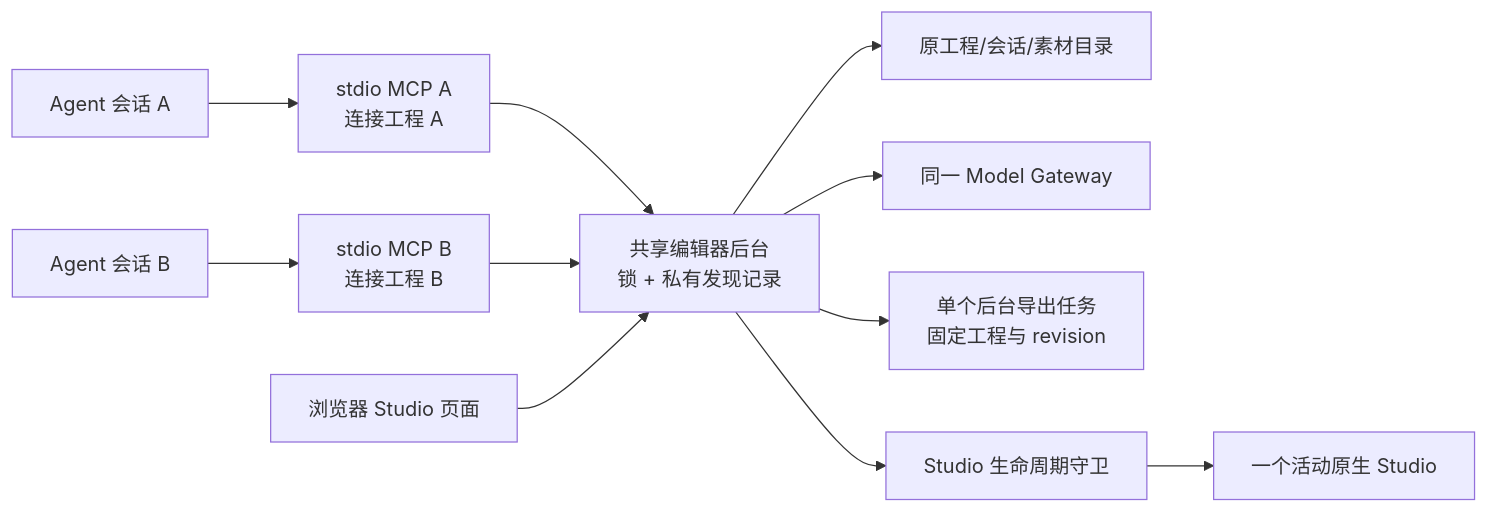
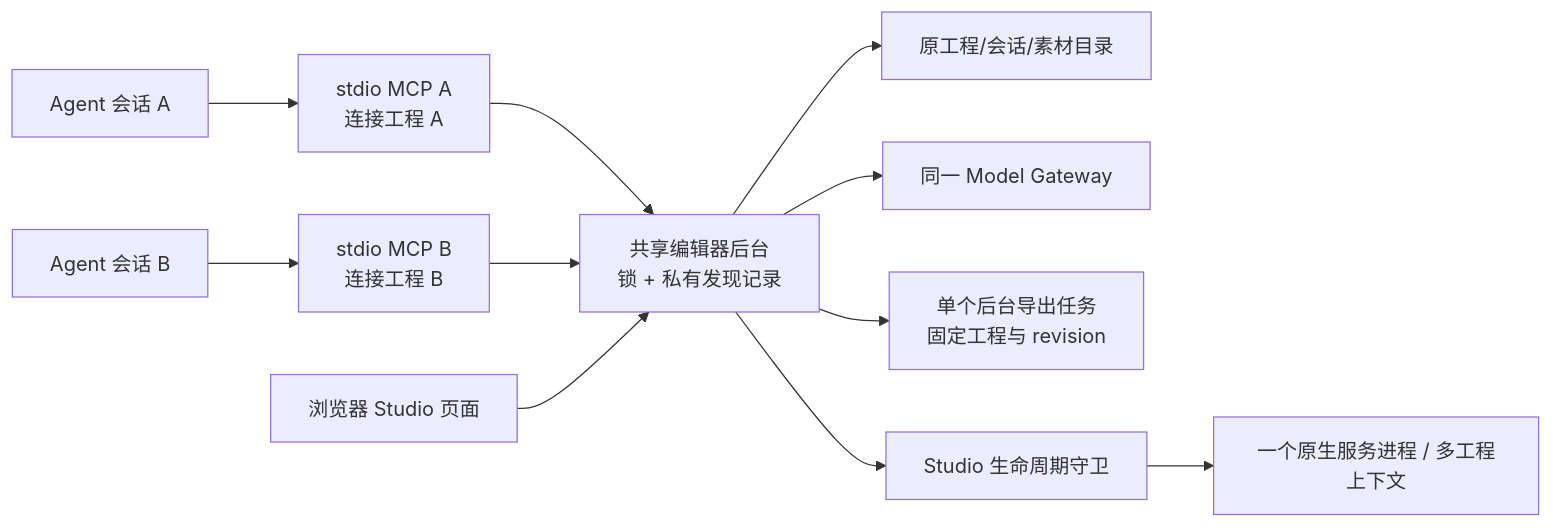
One commit to nexu-io/html-anything changed the first of 2 diagrams in docs/shared-editor.md. Above: the diagram before and after it, drawn with Mermaid. The commit also changed other lines of this file and 35 other files, not shown here.

````diff
--- a/docs/shared-editor.md
+++ b/docs/shared-editor.md
@@ -15,13 +15,13 @@
 ```mermaid
 flowchart LR
   A[Agent 会话 A] --> MA[stdio MCP A\n连接工程 A]
   B[Agent 会话 B] --> MB[stdio MCP B\n连接工程 B]
   MA --> E[共享编辑器后台\n锁 + 私有发现记录]
   MB --> E
   UI[浏览器 Studio 页面] --> E
   E --> P[原工程/会话/素材目录]
   E --> G[同一 Model Gateway]
   E --> R[单个后台导出任务\n固定工程与 revision]
   E --> O[Studio 生命周期守卫]
-  O --> S[一个活动原生 Studio]
+  O --> S[一个原生服务进程 / 多工程上下文]
 ```
````
